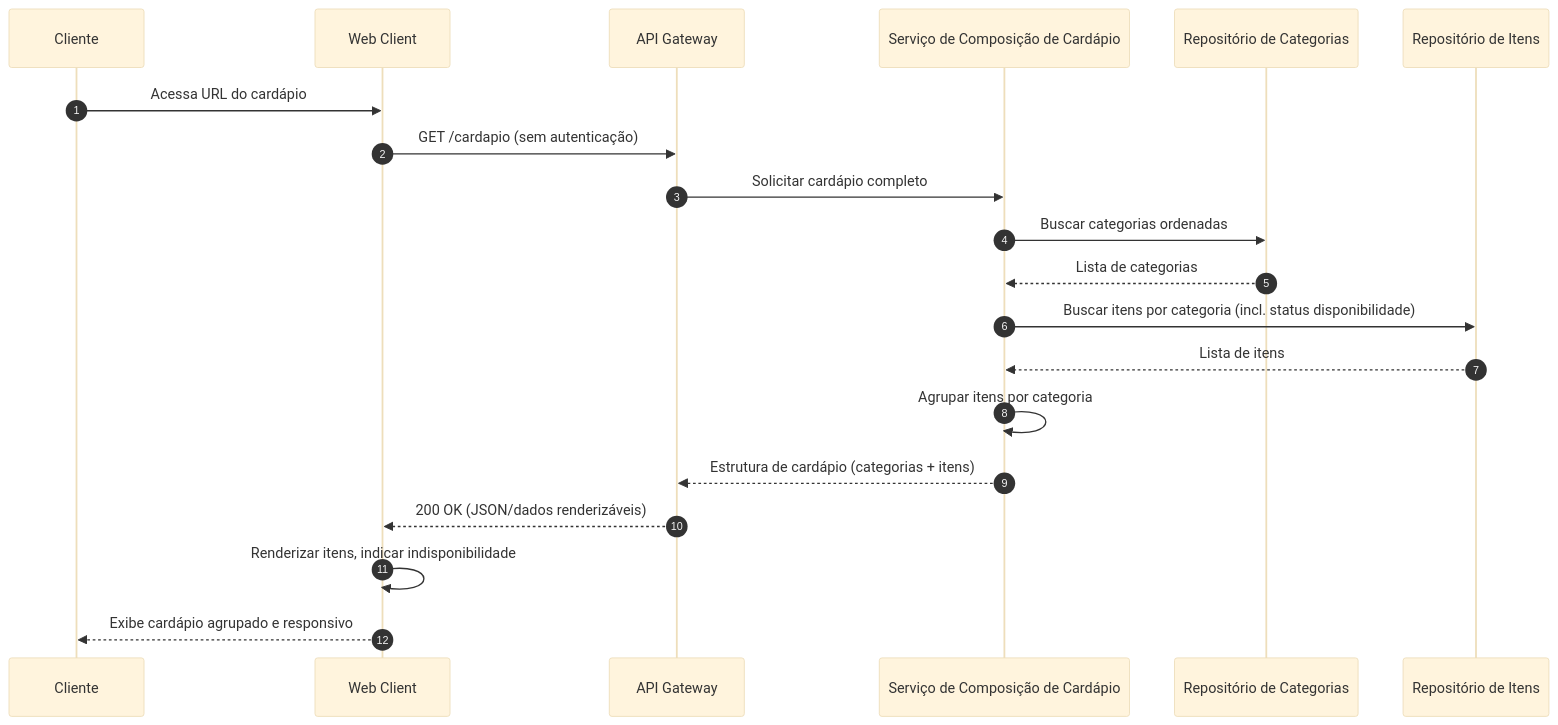
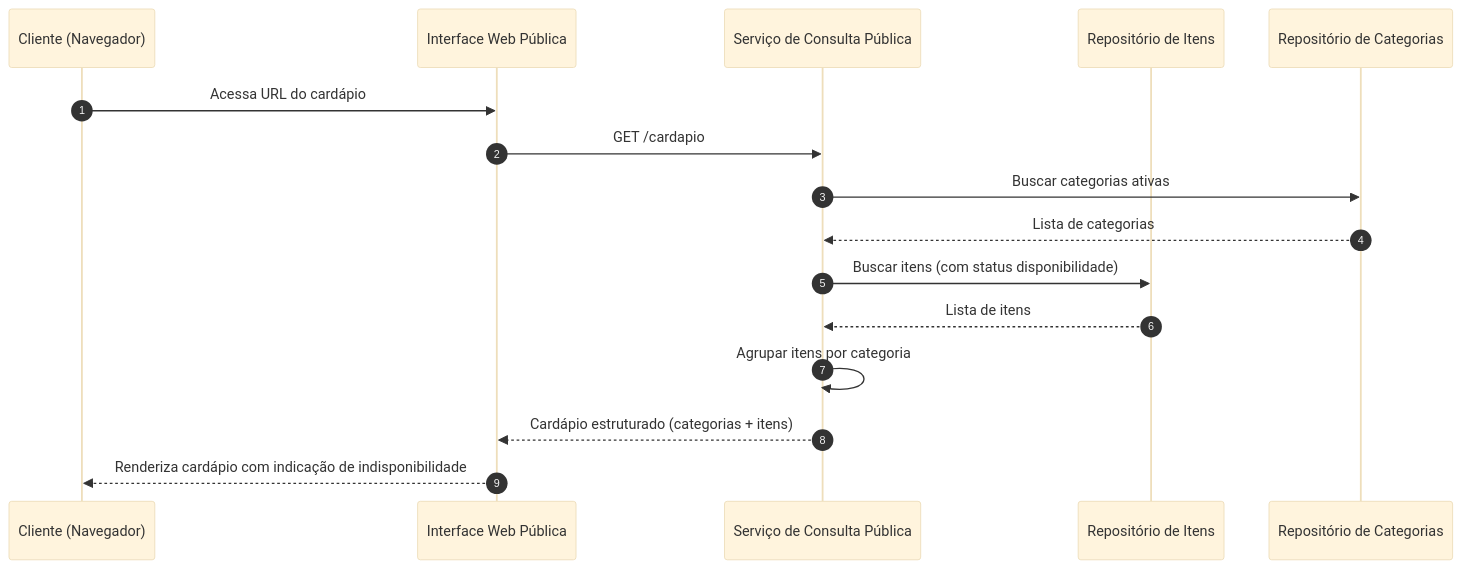
Before and after one commit to PDC-ESIA/AI4ES: the third of 3 diagrams in docs/Time_2_Design/analise-qualitativa/outputs/relatorio_claude_sonnet_5_P01.md, drawn with Mermaid (base theme). The commit also changed other lines of this file and 107 other files, not shown here.

````diff
--- a/docs/Time_2_Design/analise-qualitativa/outputs/relatorio_claude_sonnet_5_P01.md
+++ b/docs/Time_2_Design/analise-qualitativa/outputs/relatorio_claude_sonnet_5_P01.md
@@ -92,23 +96,19 @@
 ```mermaid
 sequenceDiagram
     autonumber
-    participant CLI as Cliente
-    participant WC as Web Client
-    participant GW as API Gateway
-    participant CARD as Serviço de Composição de Cardápio
-    participant REPO_CAT as Repositório de Categorias
-    participant REPO_ITEM as Repositório de Itens
+    participant Cliente as Cliente (Navegador)
+    participant UICliente as Interface Web Pública
+    participant CardapioPublico as Serviço de Consulta Pública
+    participant RepoItens as Repositório de Itens
+    participant RepoCategorias as Repositório de Categorias
 
-    CLI->>WC: Acessa URL do cardápio
-    WC->>GW: GET /cardapio (sem autenticação)
-    GW->>CARD: Solicitar cardápio completo
-    CARD->>REPO_CAT: Buscar categorias ordenadas
-    REPO_CAT-->>CARD: Lista de categorias
-    CARD->>REPO_ITEM: Buscar itens por categoria (incl. status disponibilidade)
-    REPO_ITEM-->>CARD: Lista de itens
-    CARD->>CARD: Agrupar itens por categoria
-    CARD-->>GW: Estrutura de cardápio (categorias + itens)
-    GW-->>WC: 200 OK (JSON/dados renderizáveis)
-    WC->>WC: Renderizar itens, indicar indisponibilidade
-    WC-->>CLI: Exibe cardápio agrupado e responsivo
+    Cliente->>UICliente: Acessa URL do cardápio
+    UICliente->>CardapioPublico: GET /cardapio
+    CardapioPublico->>RepoCategorias: Buscar categorias ativas
+    RepoCategorias-->>CardapioPublico: Lista de categorias
+    CardapioPublico->>RepoItens: Buscar itens (com status disponibilidade)
+    RepoItens-->>CardapioPublico: Lista de itens
+    CardapioPublico->>CardapioPublico: Agrupar itens por categoria
+    CardapioPublico-->>UICliente: Cardápio estruturado (categorias + itens)
+    UICliente-->>Cliente: Renderiza cardápio com indicação de indisponibilidade
 ```
````
